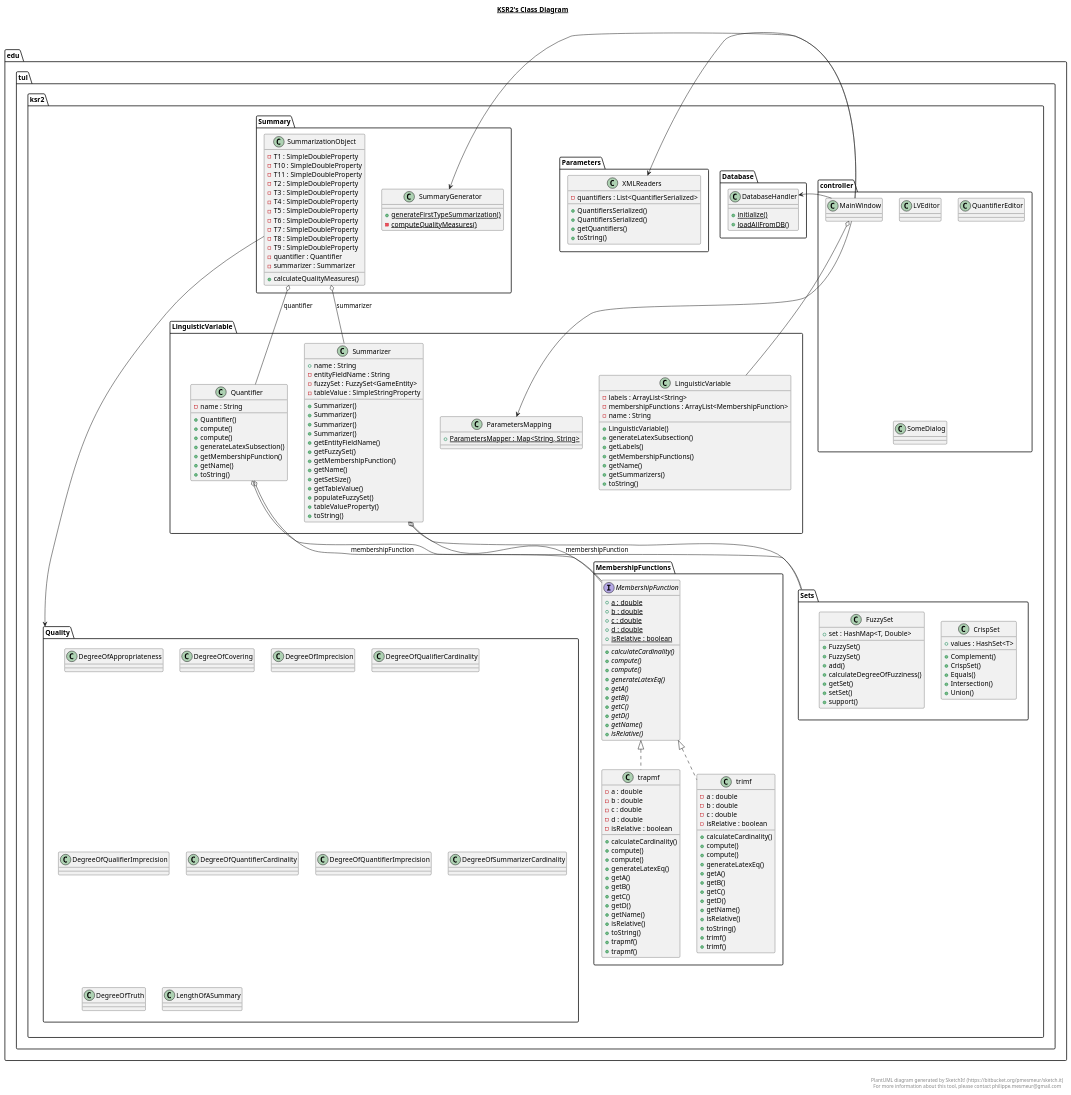
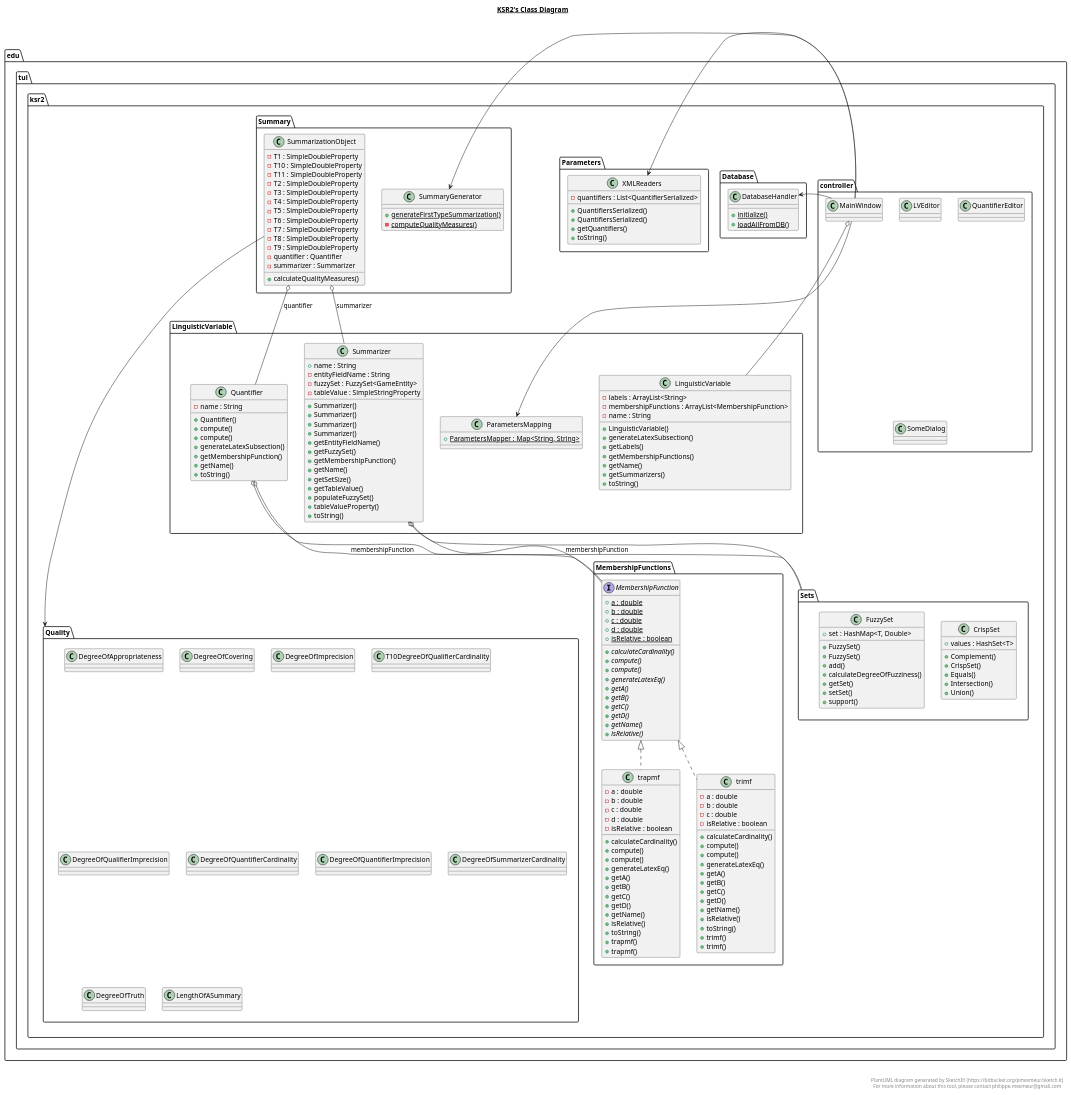
The diagram in KSR2-git.plantuml (Kjawo/KSR2), drawn with PlantUML before and after one commit. The commit also changed 5 other files, not shown here.

```diff
--- a/KSR2-git.plantuml
+++ b/KSR2-git.plantuml
@@ -14,7 +14,7 @@
         class edu.tul.ksr2.Quality.DegreeOfImprecision {
         }
 
-        class edu.tul.ksr2.Quality.DegreeOfQualifierCardinality {
+        class edu.tul.ksr2.Quality.T10DegreeOfQualifierCardinality {
         }
 
         class edu.tul.ksr2.Quality.DegreeOfQualifierImprecision {
```
